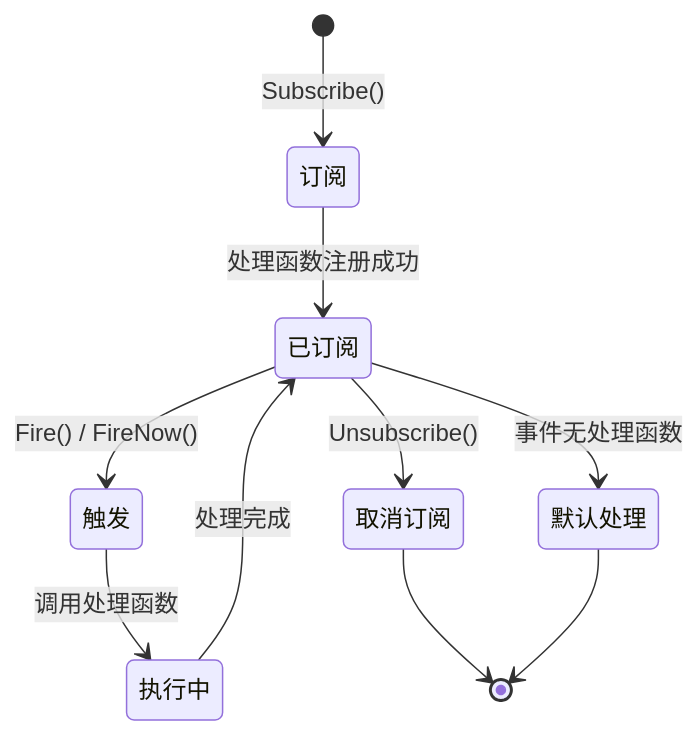
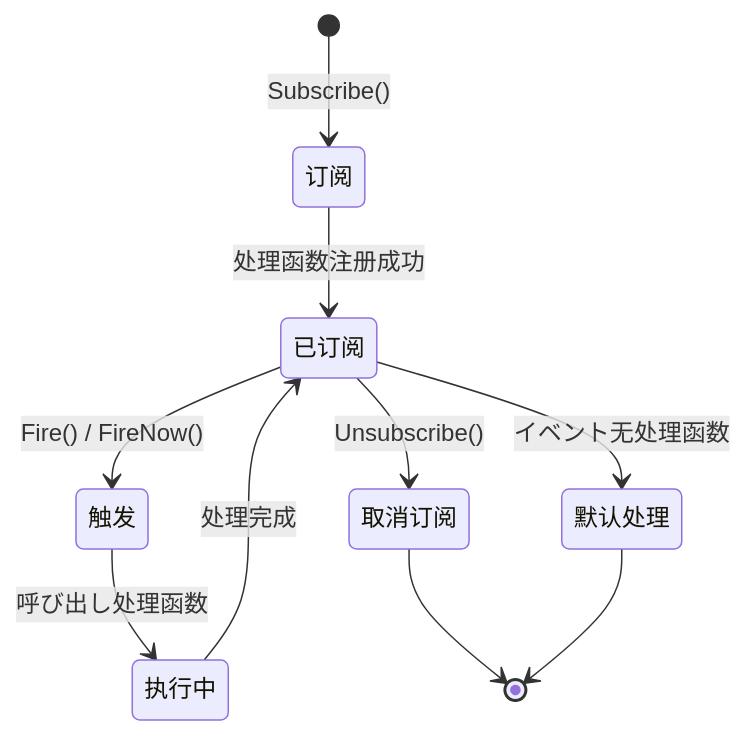
Before and after one commit to AlianBlank/GameFrameX.Docs: the third of 3 diagrams in docs/ja/client/unity/component/event/01.overview.md, drawn with Mermaid. The commit also changed other lines of this file and 603 other files, not shown here.

````diff
--- a/docs/ja/client/unity/component/event/01.overview.md
+++ b/docs/ja/client/unity/component/event/01.overview.md
@@ -109,12 +109,12 @@
 ```mermaid
 stateDiagram-v2
     [*] --> 订阅: Subscribe()
     订阅 --> 已订阅: 处理函数注册成功
     已订阅 --> 触发: Fire() / FireNow()
-    触发 --> 执行中: 调用处理函数
+    触发 --> 执行中: 呼び出し处理函数
     执行中 --> 已订阅: 处理完成
     已订阅 --> 取消订阅: Unsubscribe()
     取消订阅 --> [*]
-    已订阅 --> 默认处理: 事件无处理函数
+    已订阅 --> 默认处理: イベント无处理函数
     默认处理 --> [*]
 ```
````
